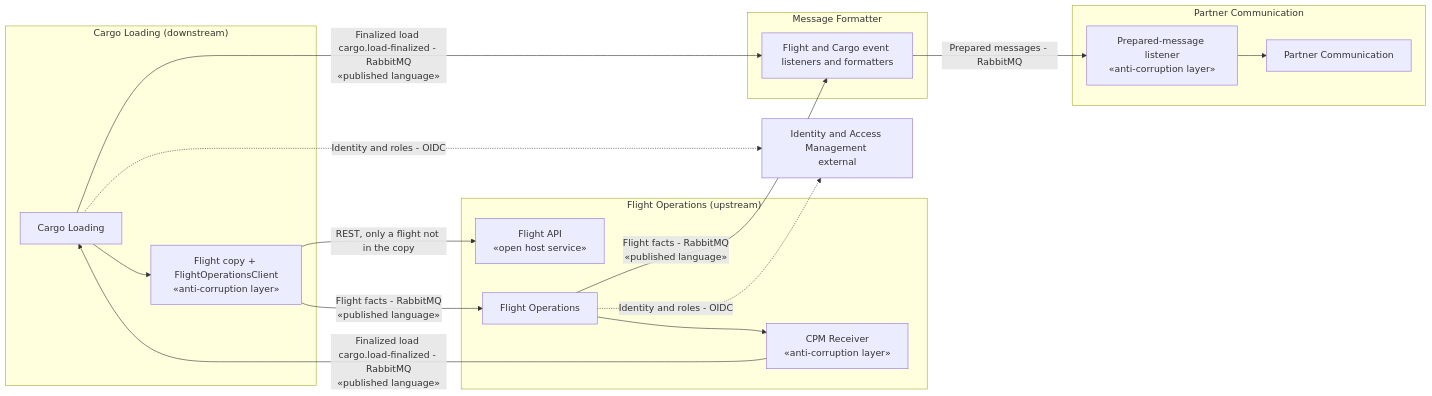
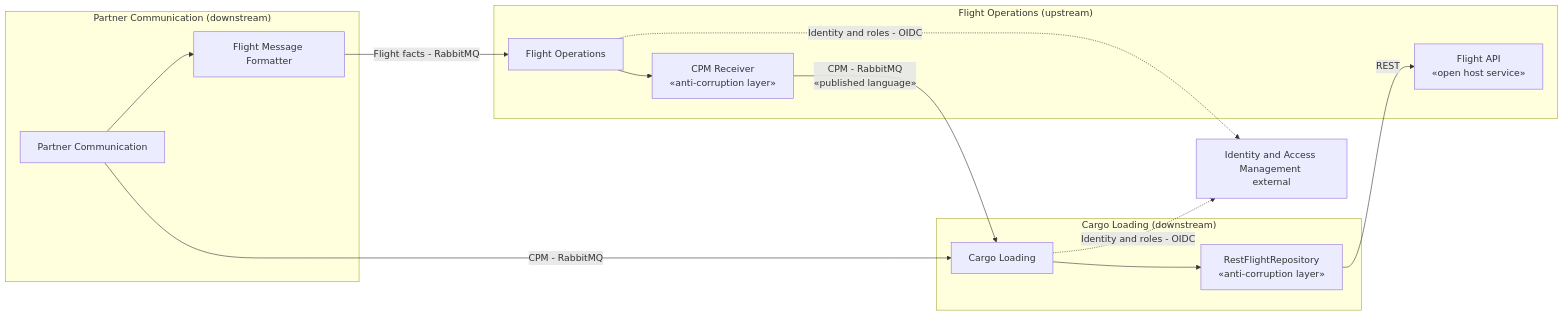
The second of 9 diagrams in architecture/analyse.md (ebhd/air-freight-operations), drawn with Mermaid before and after one commit. The commit also changed other lines of this file and 242 other files, not shown here.

First line of the commit message:
Revert "Merge branch 'refactor/split-flight-delays-and-message-formatting' into 'main'"

````diff
--- a/architecture/analyse.md
+++ b/architecture/analyse.md
@@ -60,40 +58,36 @@
 ```mermaid
 flowchart LR
 
     subgraph CL_CTX["Cargo Loading (downstream)"]
         CL["Cargo Loading"]
-        FlightACL["Flight copy + FlightOperationsClient<br/>«anti-corruption layer»"]
+        FlightACL["RestFlightRepository<br/>«anti-corruption layer»"]
 
         CL --> FlightACL
     end
 
     subgraph FO_CTX["Flight Operations (upstream)"]
         FlightAPI["Flight API<br/>«open host service»"]
         FO["Flight Operations"]
         CPMReceiver["CPM Receiver<br/>«anti-corruption layer»"]
 
         FO --> CPMReceiver
     end
 
-    subgraph MF_CTX["Message Formatter"]
-        FlightFormatter["Flight and Cargo event listeners and formatters"]
-    end
-    subgraph PC_CTX["Partner Communication"]
-        PreparedACL["Prepared-message listener<br/>«anti-corruption layer»"]
+    subgraph PC_CTX["Partner Communication (downstream)"]
         PC["Partner Communication"]
-        PreparedACL --> PC
+        FlightFormatter["Flight Message Formatter"]
+
+        PC --> FlightFormatter
     end
 
     IAM["Identity and Access Management <br/>external"]
 
-    FlightACL -->|"REST, only a flight not in the copy"| FlightAPI
-    FlightACL -->|"Flight facts - RabbitMQ<br/>«published language»"| FO
+    FlightACL -->|"REST"| FlightAPI
 
-    CPMReceiver -->|"Finalized load cargo.load-finalized - RabbitMQ<br/>«published language»"| CL
+    CPMReceiver -->|"CPM - RabbitMQ<br/>«published language»"| CL
 
-    FO -->|"Flight facts - RabbitMQ<br/>«published language»"| FlightFormatter
-    CL -->|"Finalized load cargo.load-finalized - RabbitMQ<br/>«published language»"| FlightFormatter
-    FlightFormatter -->|"Prepared messages - RabbitMQ"| PreparedACL
+    FlightFormatter -->|"Flight facts - RabbitMQ"| FO
+    PC -->|"CPM - RabbitMQ"| CL
     FO -.->|"Identity and roles - OIDC"| IAM
     CL -.->|"Identity and roles - OIDC"| IAM
 ```
````
